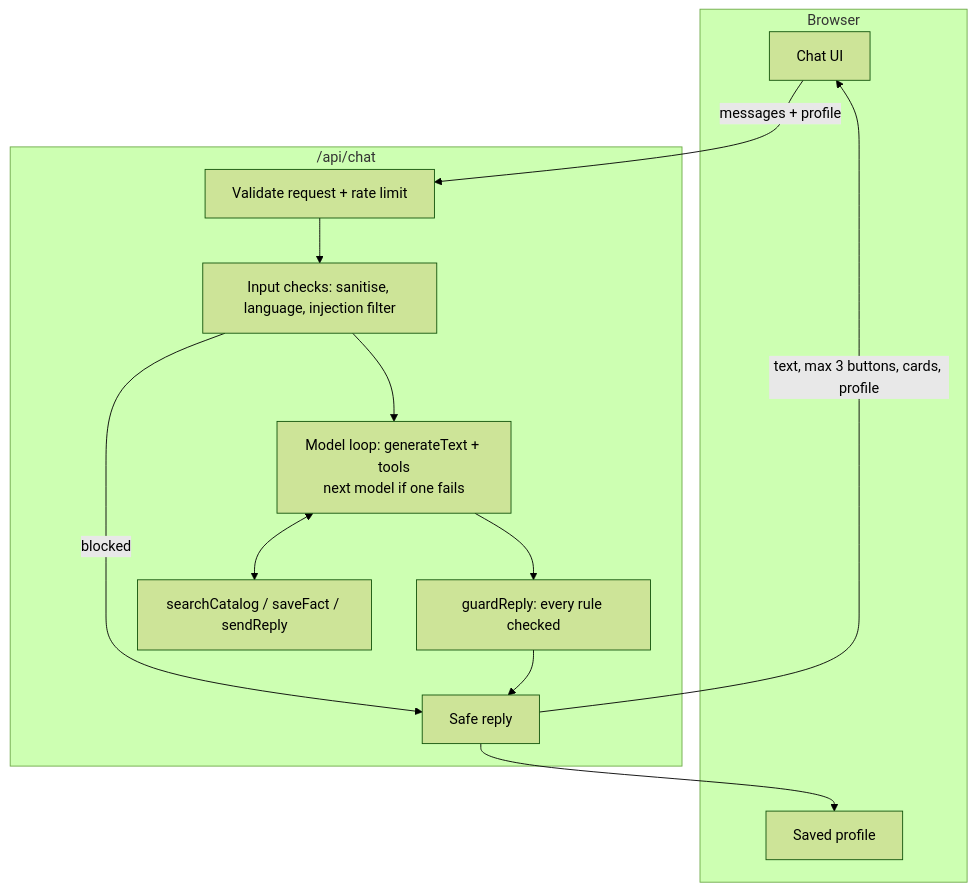
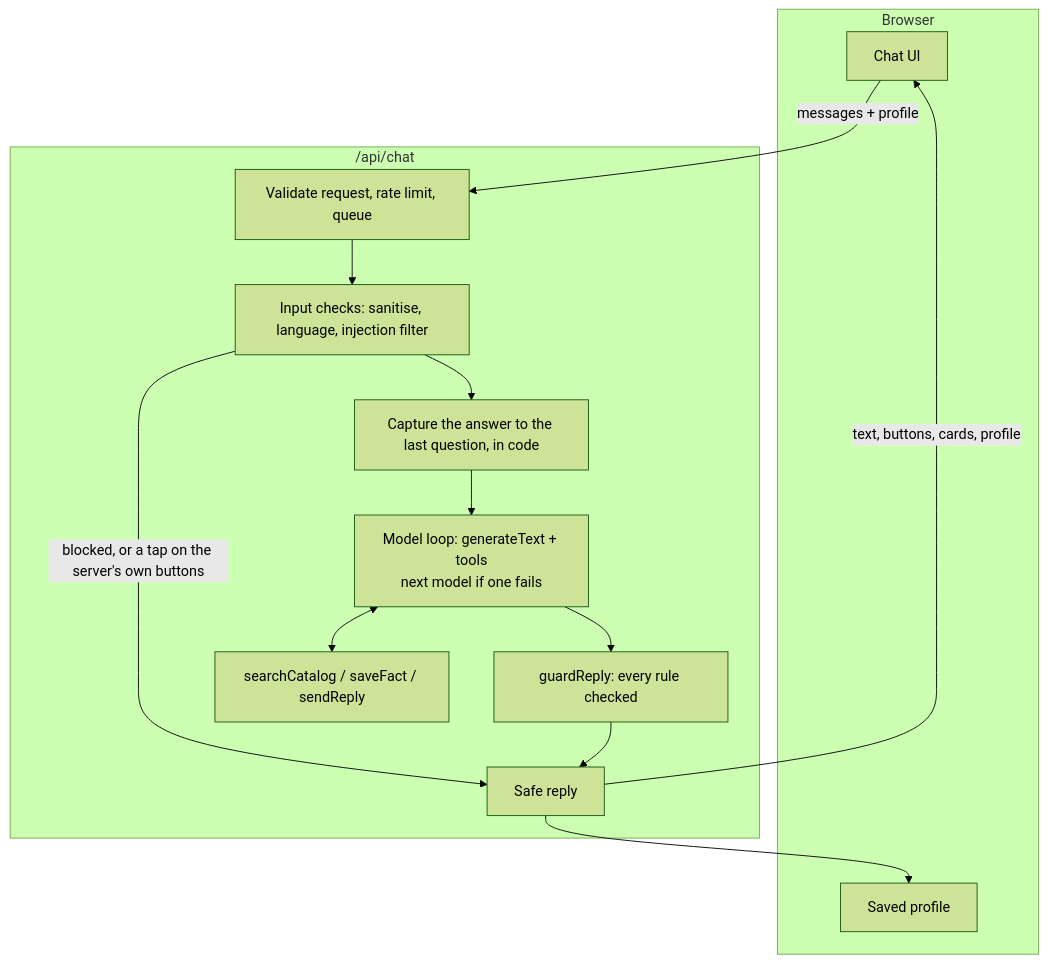
Before and after one commit to Filx2001/study-advisor: the diagram in README.md, drawn with Mermaid (forest theme). The commit also changed other lines of this file and 14 other files, not shown here.

````diff
--- a/README.md
+++ b/README.md
@@ -73,18 +71,19 @@
 ```mermaid
 flowchart TD
   subgraph Browser
     UI[Chat UI]
     P[Saved profile]
   end
   subgraph Server["/api/chat"]
-    V[Validate request + rate limit] --> I[Input checks: sanitise, language, injection filter]
-    I -- blocked --> R[Safe reply]
-    I --> M[Model loop: generateText + tools<br/>next model if one fails]
+    V[Validate request, rate limit, queue] --> I[Input checks: sanitise, language, injection filter]
+    I -- blocked, or a tap on the server's own buttons --> R[Safe reply]
+    I --> C[Capture the answer to the last question, in code]
+    C --> M[Model loop: generateText + tools<br/>next model if one fails]
     M <--> T[searchCatalog / saveFact / sendReply]
     M --> G[guardReply: every rule checked]
     G --> R
   end
   UI -- messages + profile --> V
-  R -- text, max 3 buttons, cards, profile --> UI
+  R -- text, buttons, cards, profile --> UI
   R --> P
 ```
````
